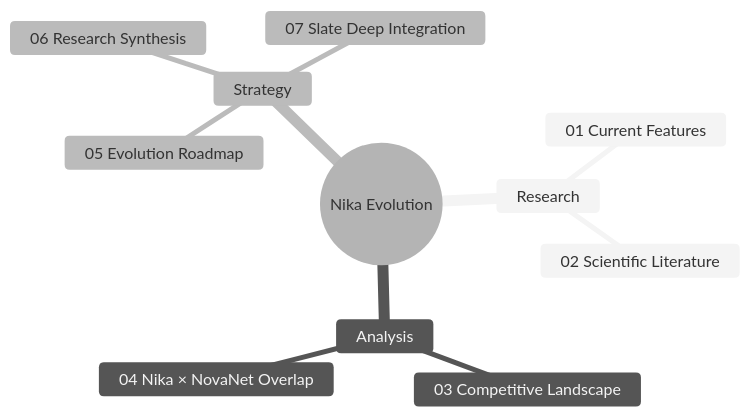
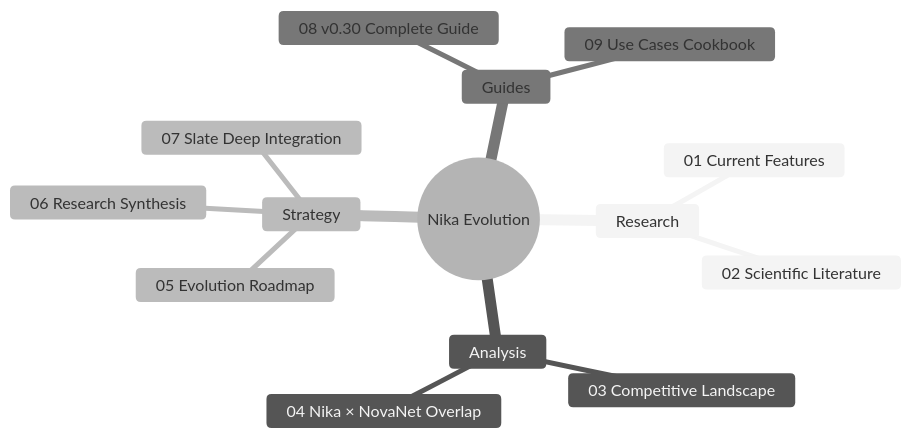
Before and after one commit to supernovae-st/nika: the first of 4 diagrams in docs/brainstorm/nika-evolution/00-README.md, drawn with Mermaid (neutral theme). The commit also changed other lines of this file and 6 other files, not shown here.

````diff
--- a/docs/brainstorm/nika-evolution/00-README.md
+++ b/docs/brainstorm/nika-evolution/00-README.md
@@ -12,14 +12,17 @@
 ```mermaid
 mindmap
   root((Nika Evolution))
     Research
       01 Current Features
       02 Scientific Literature
     Analysis
       03 Competitive Landscape
       04 Nika × NovaNet Overlap
     Strategy
       05 Evolution Roadmap
       06 Research Synthesis
       07 Slate Deep Integration
+    Guides
+      08 v0.30 Complete Guide
+      09 Use Cases Cookbook
 ```
````
